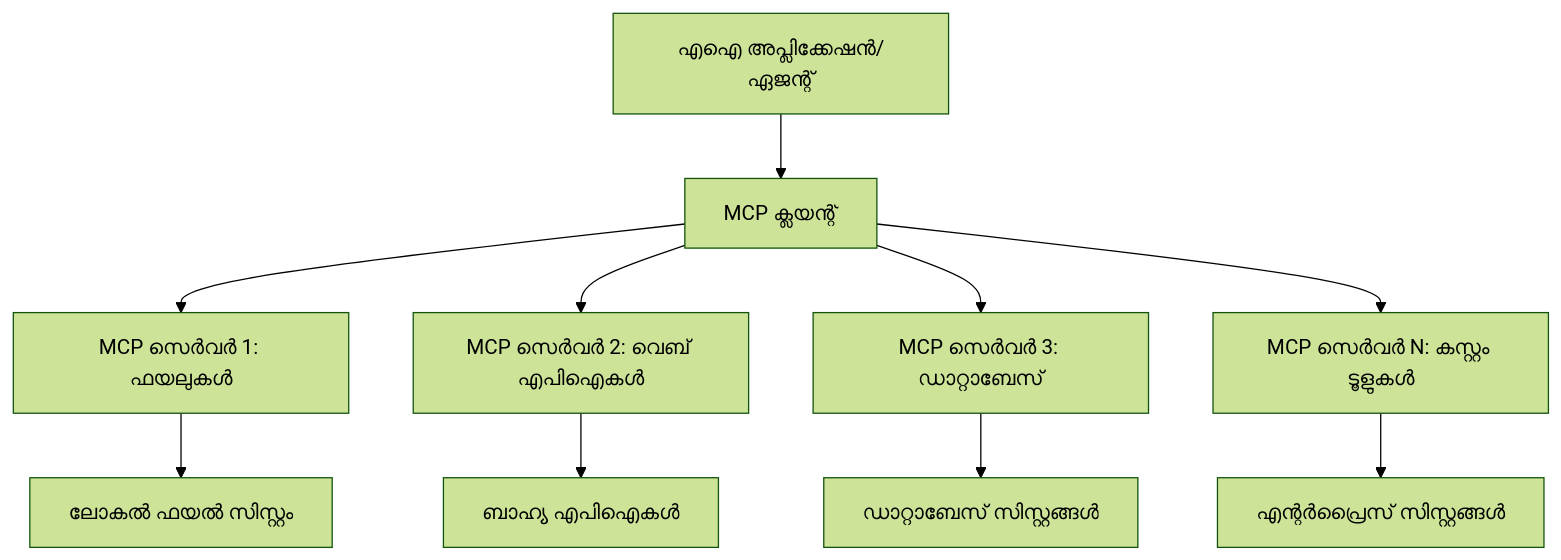
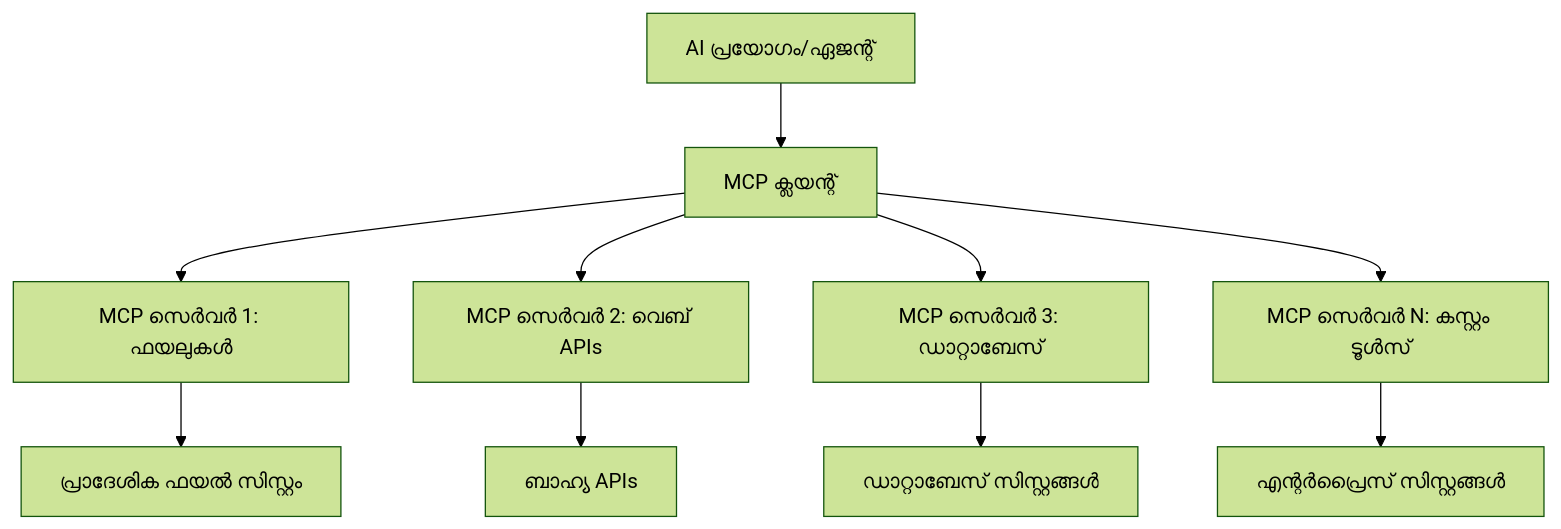
One commit to HIDORAKAI002/ai-workspace-archive changed the diagram in mcp_ecosystem__model_context_protocol/mcp_learning_resources/mcp-for-beginners/translations/ml/10-StreamliningAIWorkflowsBuildingAnMCPServerWithAIToolkit/lab2/README.md. Above: the diagram before and after it, drawn with Mermaid (forest theme). The commit also changed other lines of this file and 1539 other files, not shown here.

````diff
--- a/mcp_ecosystem__model_context_protocol/mcp_learning_resources/mcp-for-beginners/translations/ml/10-StreamliningAIWorkflowsBuildingAnMCPServerWithAIToolkit/lab2/README.md
+++ b/mcp_ecosystem__model_context_protocol/mcp_learning_resources/mcp-for-beginners/translations/ml/10-StreamliningAIWorkflowsBuildingAnMCPServerWithAIToolkit/lab2/README.md
@@ -51,13 +51,13 @@
 ```mermaid
 graph TB
-    A[എഐ അപ്ലിക്കേഷൻ/ഏജന്റ്] --> B[MCP ക്ലയന്റ്]
+    A[AI പ്രയോഗം/ഏജന്റ്] --> B[MCP ക്ലയന്റ്]
     B --> C[MCP സെർവർ 1: ഫയലുകൾ]
-    B --> D[MCP സെർവർ 2: വെബ് എപിഐകൾ]
+    B --> D[MCP സെർവർ 2: വെബ് APIs]
     B --> E[MCP സെർവർ 3: ഡാറ്റാബേസ്]
-    B --> F[MCP സെർവർ N: കസ്റ്റം ടൂളുകൾ]
+    B --> F[MCP സെർവർ N: കസ്റ്റം ടൂൾസ്]
     
-    C --> G[ലോകൽ ഫയൽ സിസ്റ്റം]
-    D --> H[ബാഹ്യ എപിഐകൾ]
+    C --> G[പ്രാദേശിക ഫയൽ സിസ്റ്റം]
+    D --> H[ബാഹ്യ APIs]
     E --> I[ഡാറ്റാബേസ് സിസ്റ്റങ്ങൾ]
     F --> J[എന്റർപ്രൈസ് സിസ്റ്റങ്ങൾ]
 ```
````
